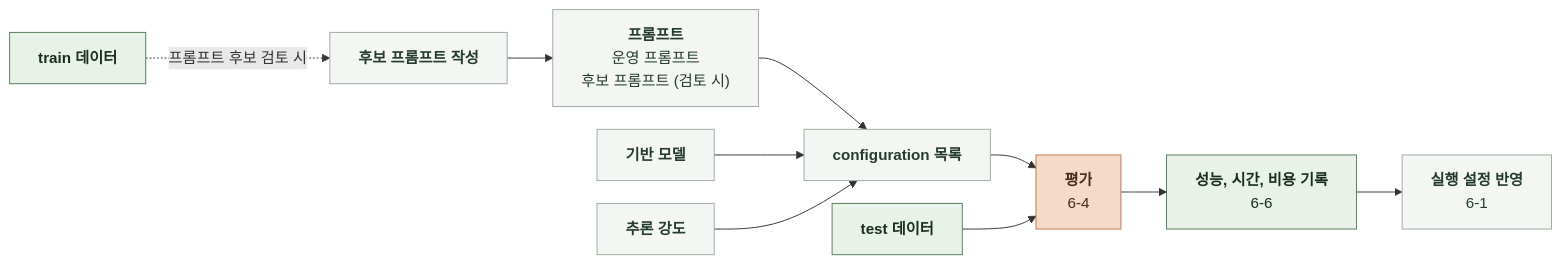
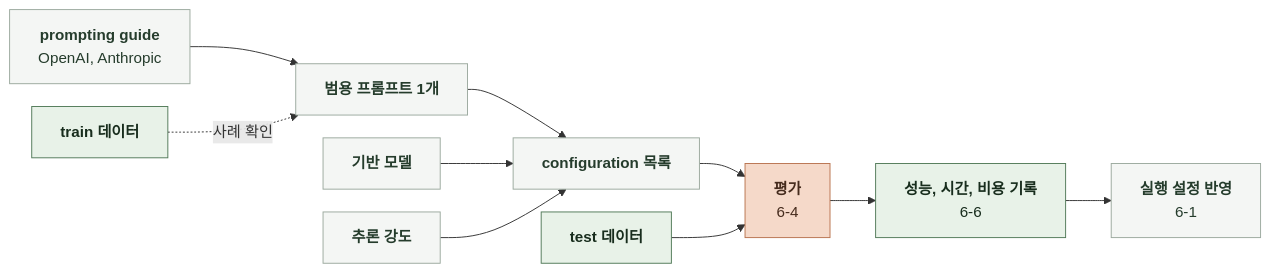
Before and after one commit to KIM-N-KANG/knk-harness: the diagram in docs/AI/CHAT/6-3-AI-ALIGNMENT.md, drawn with Mermaid. The commit also changed other lines of this file and 1 other file, not shown here.

Commit message:
[KNK-1352] Docs: 프롬프트 1개를 고정한 grid search로 평가 절차 수정

````diff
--- a/docs/AI/CHAT/6-3-AI-ALIGNMENT.md
+++ b/docs/AI/CHAT/6-3-AI-ALIGNMENT.md
@@ -11,19 +11,19 @@
 ```mermaid
 %%{init: {"flowchart": {"curve": "basis", "htmlLabels": true, "nodeSpacing": 24, "rankSpacing": 48}}}%%
 flowchart LR
-    TR["<b>train 데이터</b>"] -.->|"프롬프트 후보 검토 시"| PC["<b>후보 프롬프트 작성</b>"]
-    P["<b>프롬프트</b><br/>운영 프롬프트<br/>후보 프롬프트 (검토 시)"] --> CF
-    PC --> P
+    GD["<b>prompting guide</b><br/>OpenAI, Anthropic"] --> P
+    TR["<b>train 데이터</b>"] -.->|"사례 확인"| P
+    P["<b>범용 프롬프트 1개</b>"] --> CF
     M["<b>기반 모델</b>"] --> CF
     E["<b>추론 강도</b>"] --> CF
     CF["<b>configuration 목록</b>"] --> EV["<b>평가</b><br/>6-4"]
     TE["<b>test 데이터</b>"] --> EV
     EV --> R["<b>성능, 시간, 비용 기록</b><br/>6-6"]
     R --> A["<b>실행 설정 반영</b><br/>6-1"]
     classDef data fill:#E8F2E8,stroke:#527A59,color:#182D1D
     classDef task fill:#F5D9C9,stroke:#B97450,color:#452B1D
     classDef code fill:#F4F6F4,stroke:#9BA99E,color:#253C2C
     class TR,TE,R data
     class EV task
-    class P,M,E,CF,PC,A code
+    class GD,P,M,E,CF,A code
 ```
````
